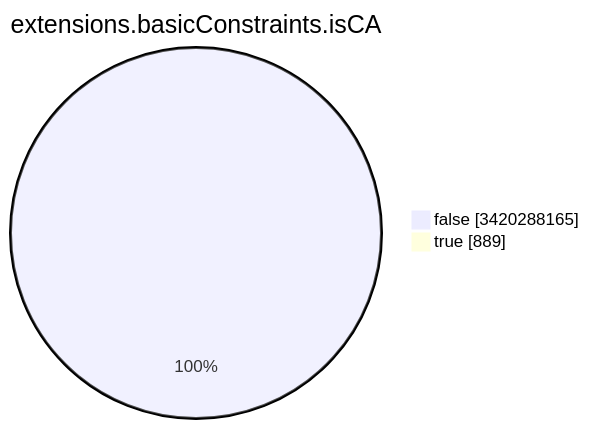
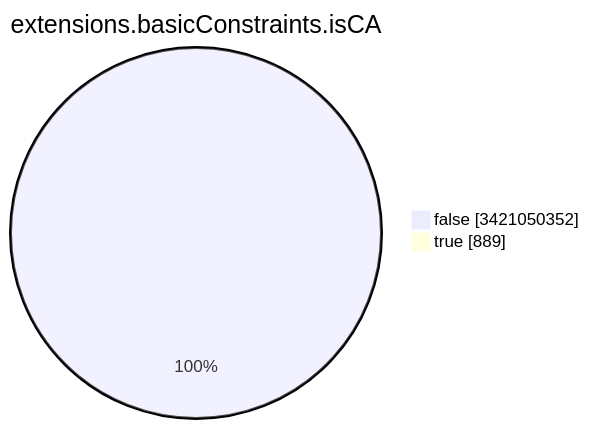
The seventh of 15 diagrams in TOTAL/README.md (christiankrug/ctmonitor_visualization), drawn with Mermaid before and after one commit. The commit also changed other lines of this file, not shown here.

````diff
--- a/TOTAL/README.md
+++ b/TOTAL/README.md
@@ -3092,6 +3092,6 @@
 ```mermaid
 pie showData
 title extensions.basicConstraints.isCA
-"false" :3420288165
+"false" :3421050352
 "true" :889
 ```
````
